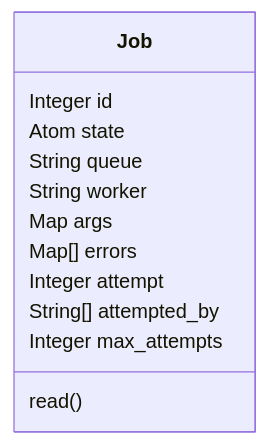
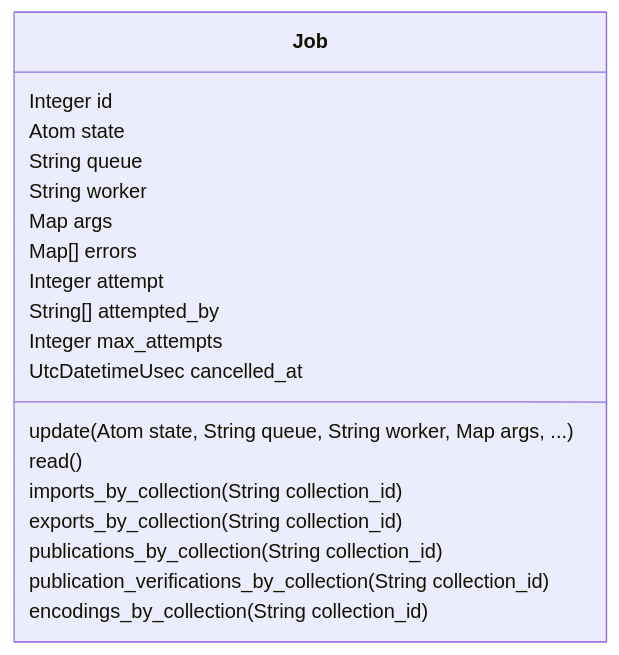
The diagram in lib/data_aggregator/jobs/jobs-mermaid-class-diagram.md (zebbra/data_aggregator), drawn with Mermaid before and after one commit. The commit also changed 50 other files, not shown here.

````diff
--- a/lib/data_aggregator/jobs/jobs-mermaid-class-diagram.md
+++ b/lib/data_aggregator/jobs/jobs-mermaid-class-diagram.md
@@ -1,18 +1,25 @@
 ```mermaid
 classDiagram
     class Job {
         Integer id
         Atom state
         String queue
         String worker
         Map args
         Map[] errors
         Integer attempt
         String[] attempted_by
         Integer max_attempts
+        UtcDatetimeUsec cancelled_at
+        update(Atom state, String queue, String worker, Map args, ...)
         read()
+        imports_by_collection(String collection_id)
+        exports_by_collection(String collection_id)
+        publications_by_collection(String collection_id)
+        publication_verifications_by_collection(String collection_id)
+        encodings_by_collection(String collection_id)
     }
 
 
 
 ```
````
